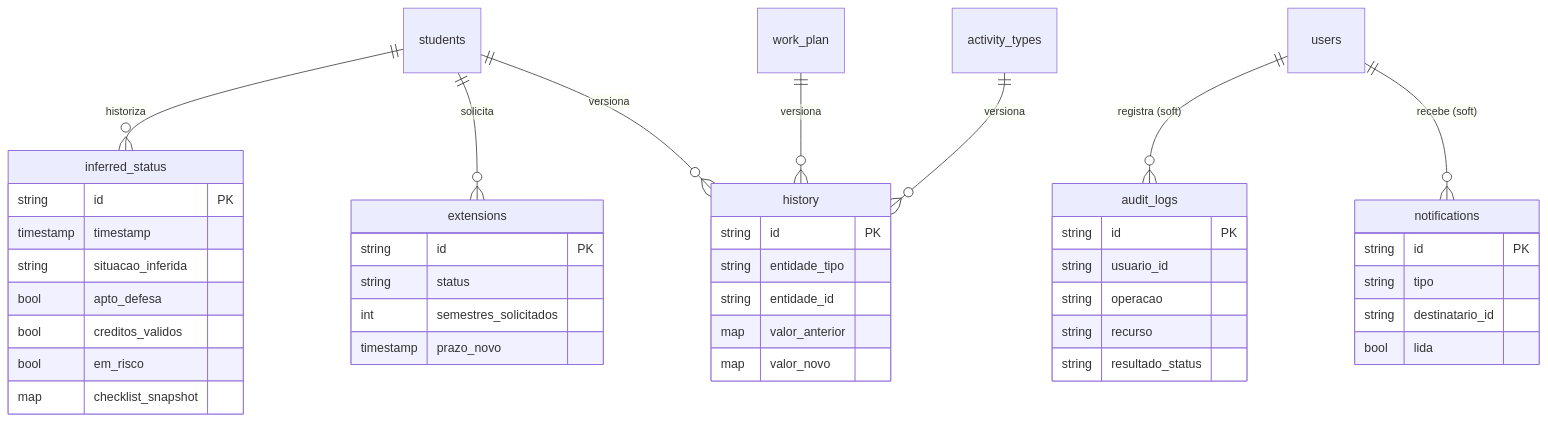
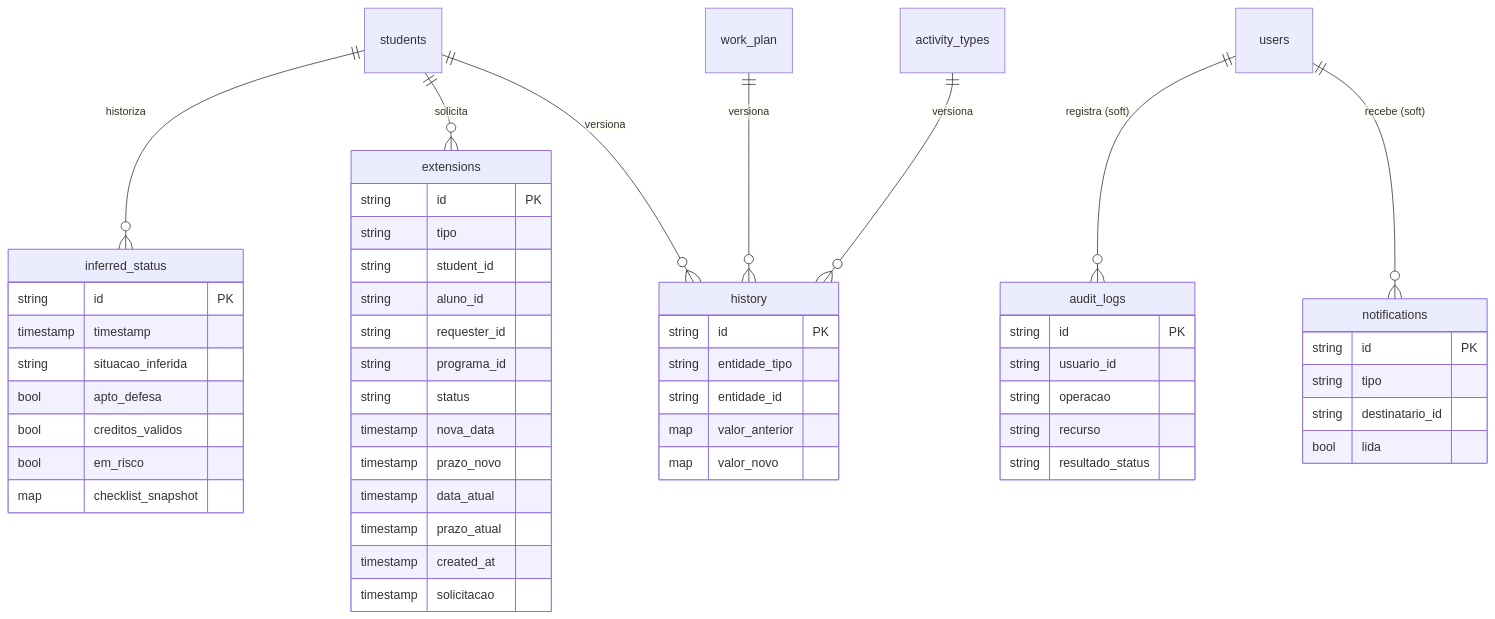
One commit to PPrauchner/SAGA-Sistema-de-Acompanhamento-e-Gestao-Academica changed the fifth of 5 diagrams in docs/data-model.md. Above: the diagram before and after it, drawn with Mermaid. The commit also changed other lines of this file and 2 other files, not shown here.

Commit message:
docs(modelo): documenta contrato atual de solicitacoes

````diff
--- a/docs/data-model.md
+++ b/docs/data-model.md
@@ -562,46 +562,55 @@
 ```mermaid
 erDiagram
     students ||--o{ inferred_status : historiza
     students ||--o{ extensions : solicita
     students ||--o{ history : versiona
     work_plan ||--o{ history : versiona
     activity_types ||--o{ history : versiona
     users ||--o{ audit_logs : "registra (soft)"
     users ||--o{ notifications : "recebe (soft)"
 
     inferred_status {
         string id PK
         timestamp timestamp
         string situacao_inferida
         bool apto_defesa
         bool creditos_validos
         bool em_risco
         map checklist_snapshot
     }
     extensions {
         string id PK
+        string tipo
+        string student_id
+        string aluno_id
+        string requester_id
+        string programa_id
         string status
-        int semestres_solicitados
+        timestamp nova_data
         timestamp prazo_novo
+        timestamp data_atual
+        timestamp prazo_atual
+        timestamp created_at
+        timestamp solicitacao
     }
     history {
         string id PK
         string entidade_tipo
         string entidade_id
         map valor_anterior
         map valor_novo
     }
     audit_logs {
         string id PK
         string usuario_id
         string operacao
         string recurso
         string resultado_status
     }
     notifications {
         string id PK
         string tipo
         string destinatario_id
         bool lida
     }
 ```
````
